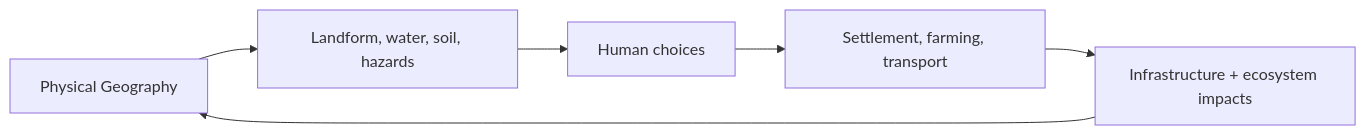
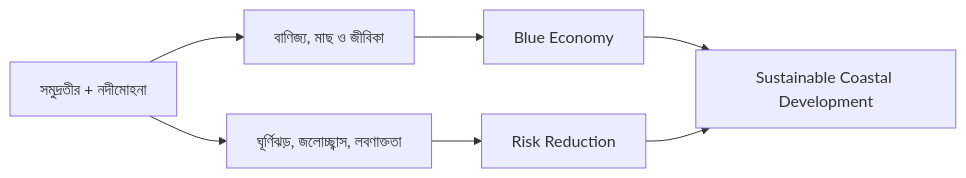
Diagram 12 of 14 in Bangladesh Affairs/Chapter-01/README.md (RlM100always/bcs), drawn with Mermaid before and after one commit. The commit also changed other lines of this file, not shown here.

Commit message:
Substantially rewrite river systems, maritime law, Delta Plan, human geography and exam strategy with causal explanation, counterarguments and verified primary sources

````diff
--- a/Bangladesh Affairs/Chapter-01/README.md
+++ b/Bangladesh Affairs/Chapter-01/README.md
@@ -952,8 +974,9 @@
 ```mermaid
 flowchart LR
-P["Physical Geography"] --> A["Landform, water, soil, hazards"]
-A --> H["Human choices"]
-H --> L["Settlement, farming, transport"]
-L --> I["Infrastructure + ecosystem impacts"]
-I --> P
+A["সমুদ্রতীর + নদীমোহনা"] --> B["বাণিজ্য, মাছ ও জীবিকা"]
+A --> C["ঘূর্ণিঝড়, জলোচ্ছ্বাস, লবণাক্ততা"]
+B --> D["Blue Economy"]
+C --> E["Risk Reduction"]
+D --> F["Sustainable Coastal Development"]
+E --> F
 ```
````
